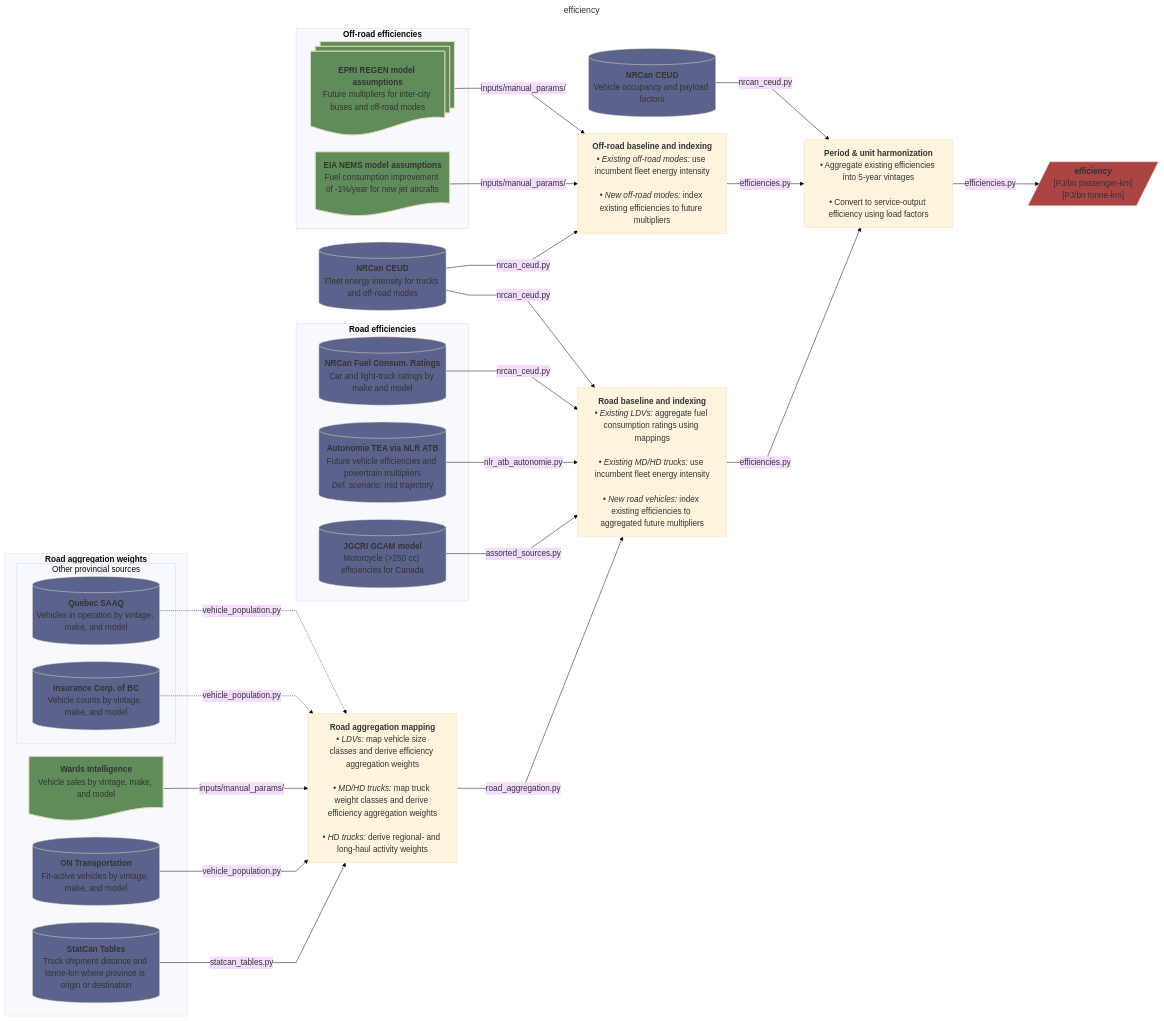
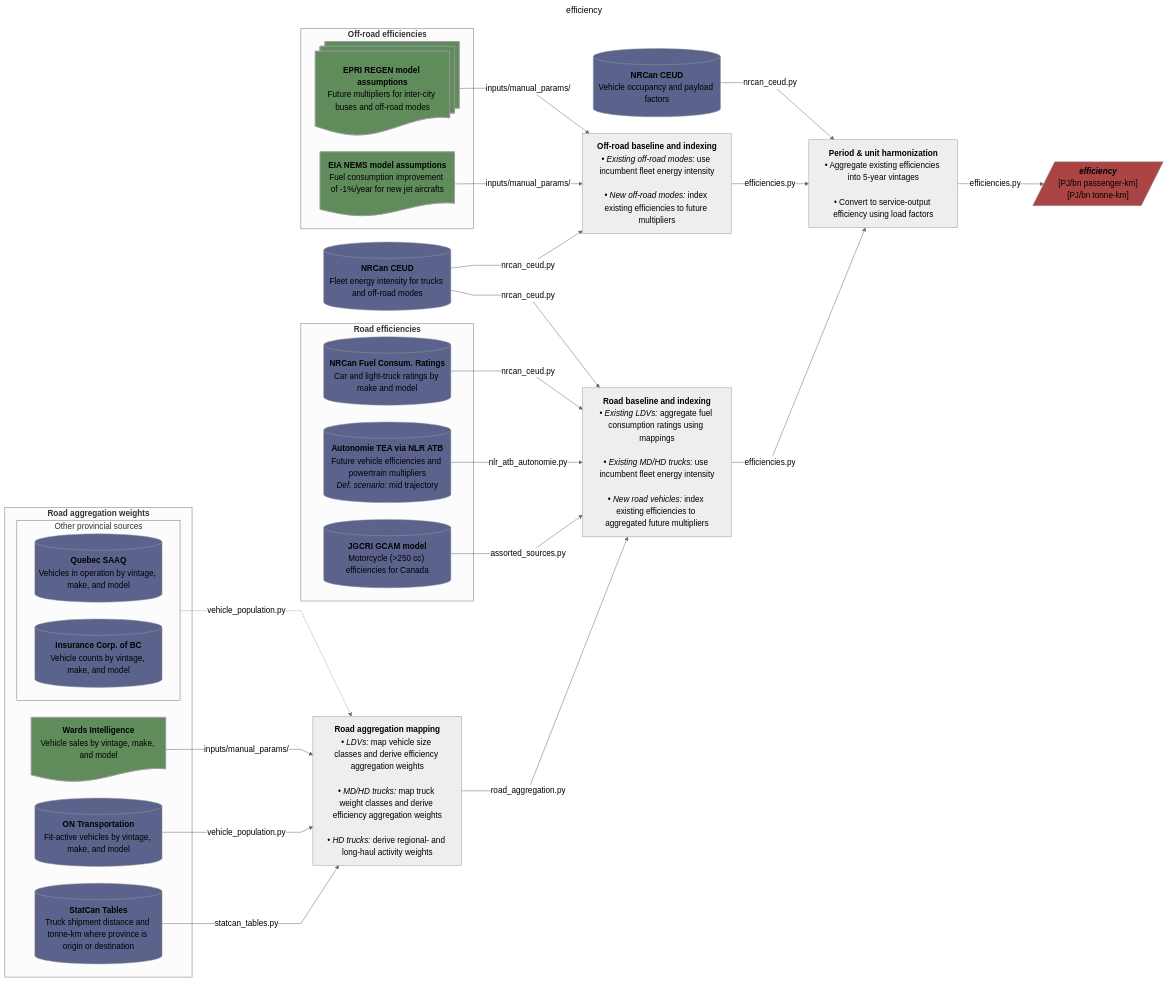
Before and after one commit to CANOE-main/canoe-transportation: the seventh of 9 diagrams in README.md, drawn with Mermaid. The commit also changed other lines of this file and 1 other file, not shown here.

Commit message:
Testing white canvas as background for flowcharts

```diff
--- a/README.md
+++ b/README.md
@@ -485,10 +479,8 @@
 title: efficiency
 config:
   layout: dagre
-  theme: base
+  theme: neutral
   themeVariables:
-    background: "#ffffff"
-    darkMode: false
     fontSize: 17px
   flowchart:
     nodeSpacing: 35
@@ -508,6 +500,7 @@
 	  s4[("`**ON Transportation**<br>Fit-active vehicles by vintage, make, and model`")]
 	  s10[("`**StatCan Tables**<br>Truck shipment distance and tonne-km where province is origin or destination`")]
 	  subgraph expansion["`Other provincial sources`"]
+      direction LR
 	    s5[("`**Quebec SAAQ**<br>Vehicles in operation by vintage, make, and model`")]
 	    s6[("`**Insurance Corp. of BC**<br>Vehicle counts by vintage, make, and model`")]
 	  end
@@ -523,7 +516,7 @@
   p0["`**Road aggregation mapping**<br>• *LDVs:* map vehicle size classes and derive efficiency aggregation weights<br><br>• *MD/HD trucks:* map truck weight classes and derive efficiency aggregation weights<br><br>• *HD trucks:* derive regional- and long-haul activity weights`"]
   s3 -- inputs/manual_params/ --> p0
   s4 -- vehicle_population.py --> p0
-  s5 & s6 -. "vehicle_population.py" .-> p0
+  expansion -. "vehicle_population.py" .-> p0
   s10 -- statcan_tables.py --> p0
 	  
   p2["`**Road baseline and indexing**<br>• *Existing LDVs:* aggregate fuel consumption ratings using mappings<br><br>• *Existing MD/HD trucks:* use incumbent fleet energy intensity<br><br>• *New road vehicles:* index existing efficiencies to aggregated future multipliers`"]
```
